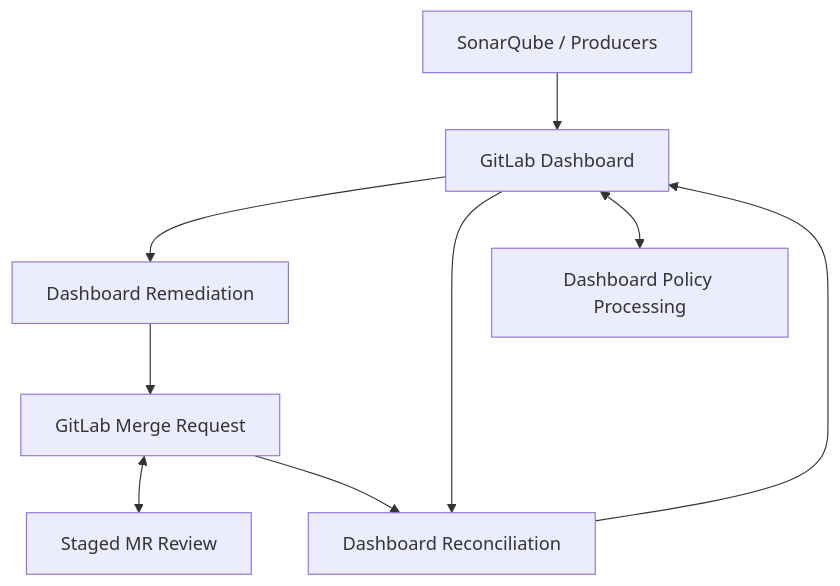
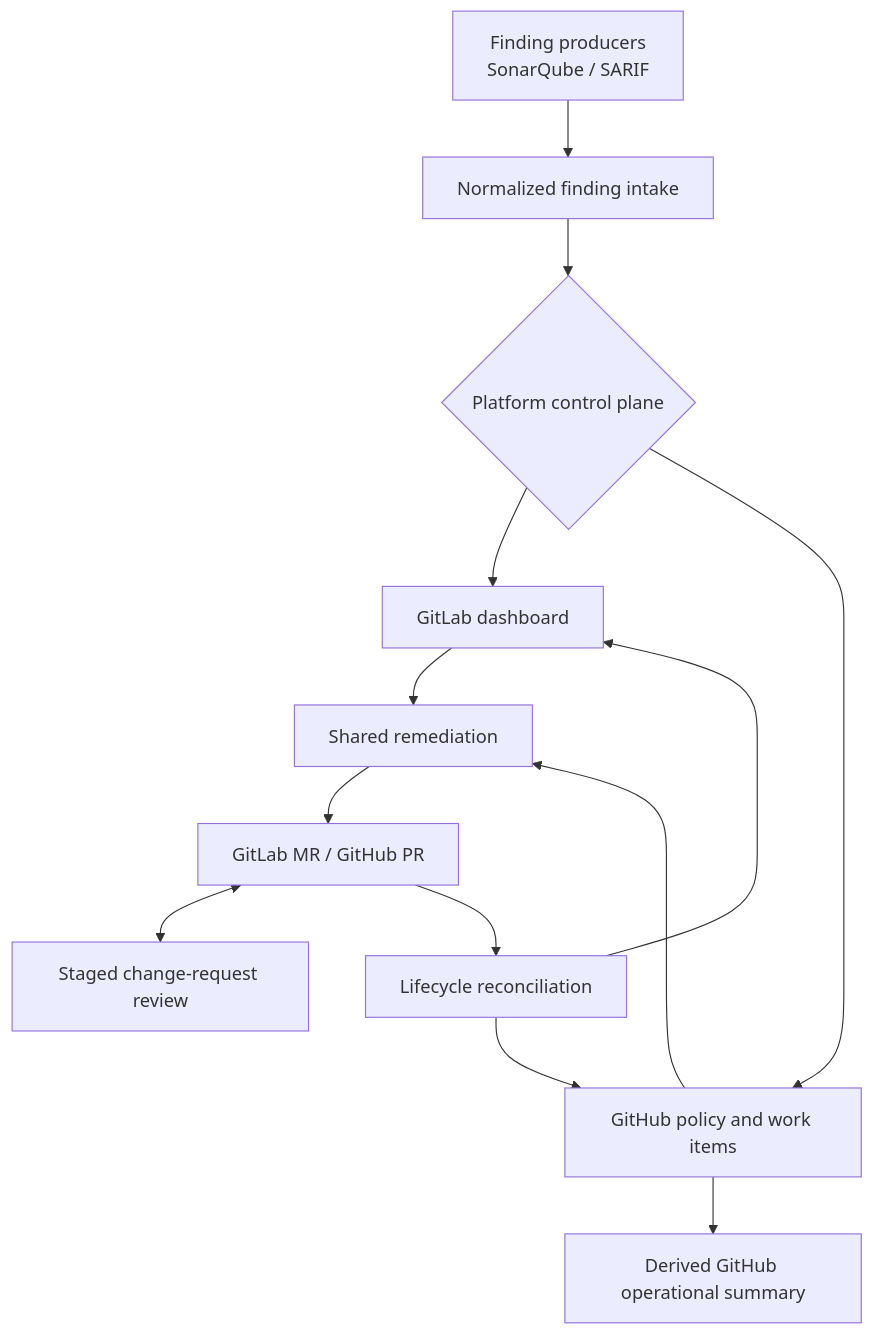
The diagram in README.md (JustinMelger/ZeroOne-ops), drawn with Mermaid before and after one commit. The commit also changed other lines of this file and 7 other files, not shown here.

````diff
--- a/README.md
+++ b/README.md
@@ -45,11 +43,15 @@
 ```mermaid
 flowchart TD
-    A[SonarQube / Producers] --> B[GitLab Dashboard]
-    B --> C[Dashboard Remediation]
-    C --> D[GitLab Merge Request]
-    D <--> E[Staged MR Review]
-    B --> F[Dashboard Reconciliation]
-    D --> F[Dashboard Reconciliation]
-    F --> B
-    B <--> G[Dashboard Policy Processing]
+    A[Finding producers\nSonarQube / SARIF] --> B[Normalized finding intake]
+    B --> C{Platform control plane}
+    C --> D[GitLab dashboard]
+    C --> E[GitHub policy and work items]
+    D --> F[Shared remediation]
+    E --> F
+    F --> G[GitLab MR / GitHub PR]
+    G <--> H[Staged change-request review]
+    G --> I[Lifecycle reconciliation]
+    I --> D
+    I --> E
+    E --> J[Derived GitHub operational summary]
 ```
````
